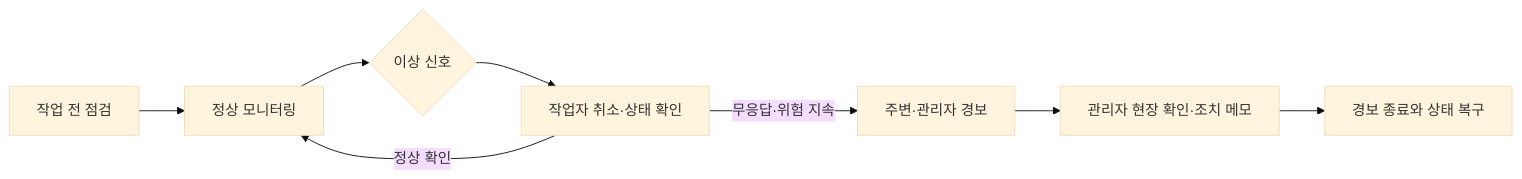
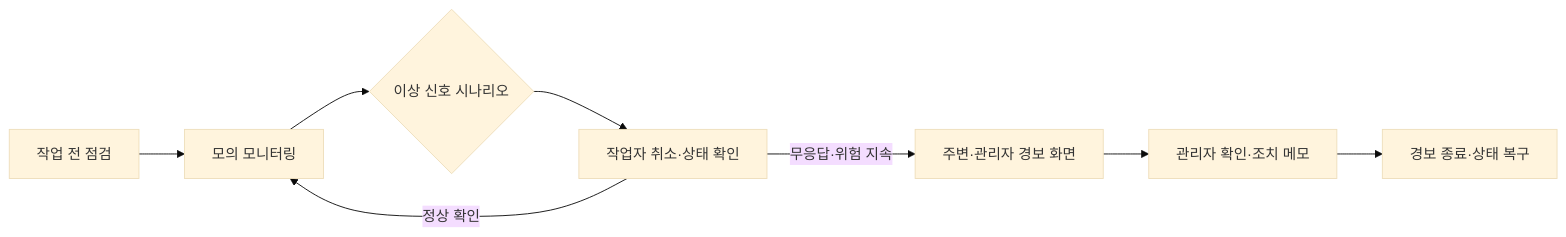
One commit to woorivermountain/smart-safety-helmet changed the diagram in README.md. Above: the diagram before and after it, drawn with Mermaid (base theme). The commit also changed other lines of this file, not shown here.

Commit message:
docs: improve reading flow and clarify implementation scope

````diff
--- a/README.md
+++ b/README.md
@@ -61,10 +19,10 @@
 ```mermaid
 flowchart LR
-  A[작업 전 점검] --> B[정상 모니터링]
-  B --> C{이상 신호}
+  A[작업 전 점검] --> B[모의 모니터링]
+  B --> C{이상 신호 시나리오}
   C --> D[작업자 취소·상태 확인]
   D -- 정상 확인 --> B
-  D -- 무응답·위험 지속 --> E[주변·관리자 경보]
-  E --> F[관리자 현장 확인·조치 메모]
-  F --> G[경보 종료와 상태 복구]
+  D -- 무응답·위험 지속 --> E[주변·관리자 경보 화면]
+  E --> F[관리자 확인·조치 메모]
+  F --> G[경보 종료·상태 복구]
 ```
````
